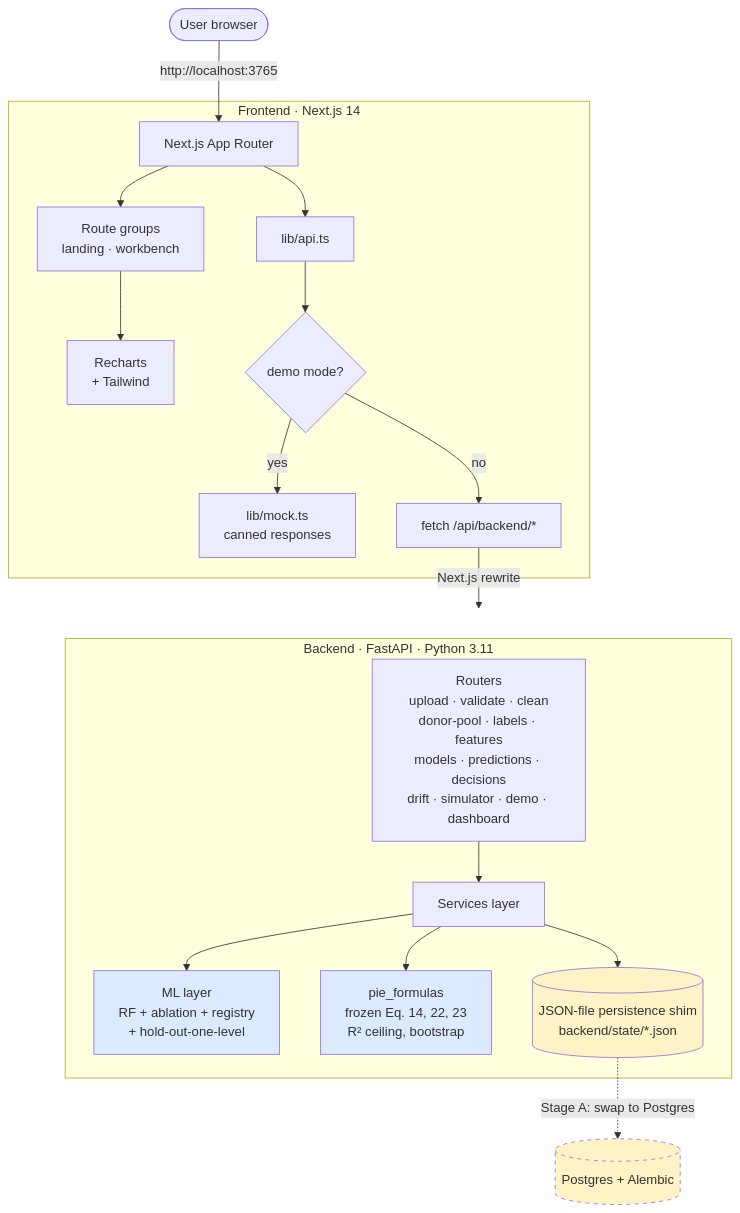
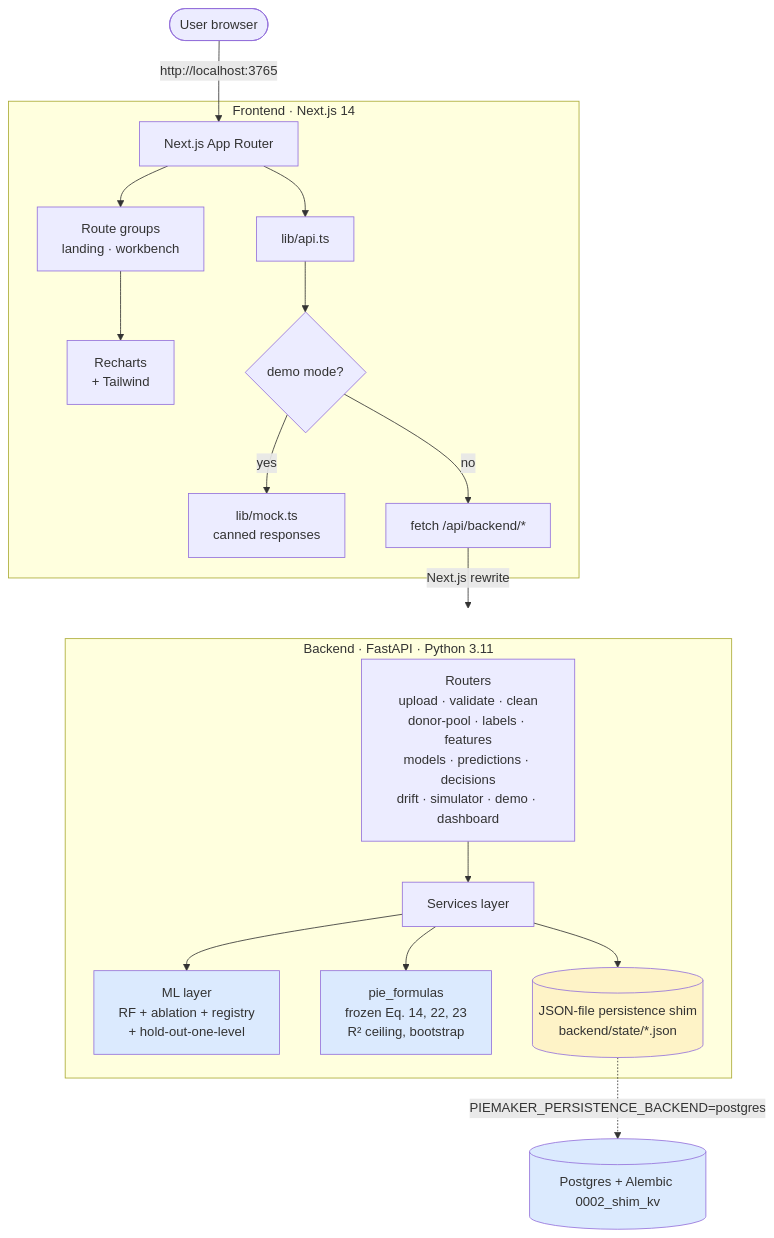
The third of 3 diagrams in README.md (matiyashu/PIEmaker-predicted-incrementality-by-experiment-), drawn with Mermaid before and after one commit. The commit also changed other lines of this file and 8 other files, not shown here.

````diff
--- a/README.md
+++ b/README.md
@@ -281,32 +257,32 @@
 ```mermaid
 flowchart TB
     USER([User browser])
     USER -->|"http://localhost:3765"| NEXT
 
     subgraph FE [Frontend · Next.js 14]
         NEXT[Next.js App Router]
         NEXT --> ROUTES[Route groups<br/>landing · workbench]
         ROUTES --> RECHARTS[Recharts<br/>+ Tailwind]
         NEXT --> API_CLIENT[lib/api.ts]
         API_CLIENT --> DEMO_MODE{demo mode?}
         DEMO_MODE -->|yes| MOCK[lib/mock.ts<br/>canned responses]
         DEMO_MODE -->|no| FETCH[fetch /api/backend/*]
     end
 
     FETCH -->|"Next.js rewrite"| BE
 
     subgraph BE [Backend · FastAPI · Python 3.11]
         ROUTERS[Routers<br/>upload · validate · clean<br/>donor-pool · labels · features<br/>models · predictions · decisions<br/>drift · simulator · demo · dashboard]
         ROUTERS --> SERVICES[Services layer]
         SERVICES --> ML[ML layer<br/>RF + ablation + registry<br/>+ hold-out-one-level]
         SERVICES --> FORMULAS[pie_formulas<br/>frozen Eq. 14, 22, 23<br/>R² ceiling, bootstrap]
         SERVICES --> SHIM[(JSON-file persistence shim<br/>backend/state/*.json)]
     end
 
-    SHIM -.->|"Stage A: swap to Postgres"| PG[(Postgres + Alembic)]
+    SHIM -.->|"PIEMAKER_PERSISTENCE_BACKEND=postgres"| PG[(Postgres + Alembic 0002_shim_kv)]
 
     style FORMULAS fill:#dbeafe
     style ML fill:#dbeafe
     style SHIM fill:#fef3c7
-    style PG fill:#fef3c7,stroke-dasharray: 5 5
+    style PG fill:#dbeafe
 ```
````
